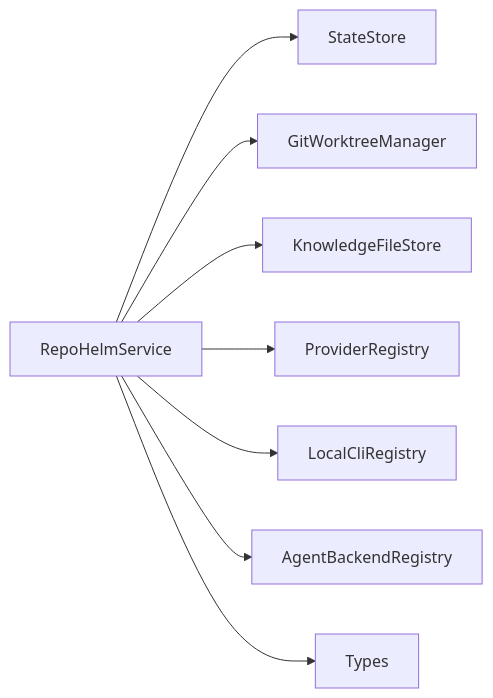
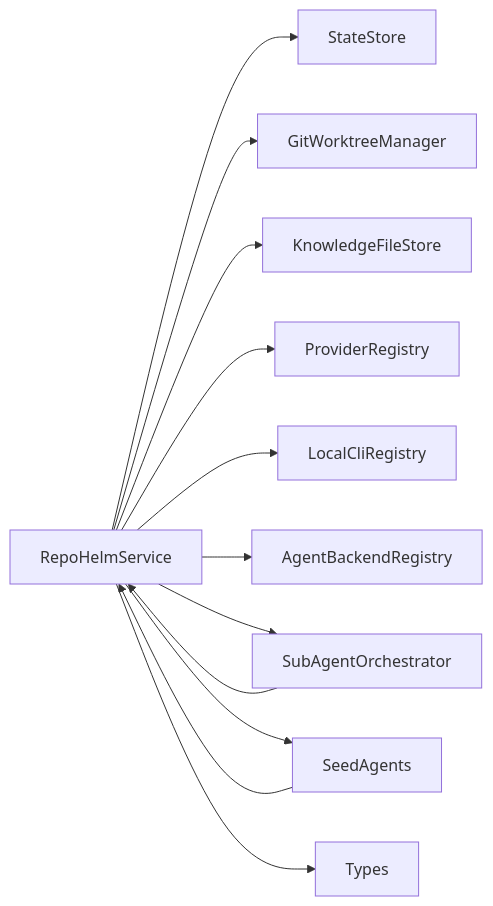
One commit to coconilu/RepoHelm changed the seventh of 7 diagrams in .qoder/repowiki/zh/content/核心服务模块/核心服务模块.md. Above: the diagram before and after it, drawn with Mermaid. The commit also changed other lines of this file and 15 other files, not shown here.

````diff
--- a/.qoder/repowiki/zh/content/核心服务模块/核心服务模块.md
+++ b/.qoder/repowiki/zh/content/核心服务模块/核心服务模块.md
@@ -346,10 +437,14 @@
 ```mermaid
 graph LR
 S["RepoHelmService"] --> ST["StateStore"]
 S --> G["GitWorktreeManager"]
 S --> KF["KnowledgeFileStore"]
 S --> PR["ProviderRegistry"]
 S --> LR["LocalCliRegistry"]
 S --> AR["AgentBackendRegistry"]
+S --> O["SubAgentOrchestrator"]
+S --> SA["SeedAgents"]
 S --> T["Types"]
+O --> S
+SA --> S
 ```
````
